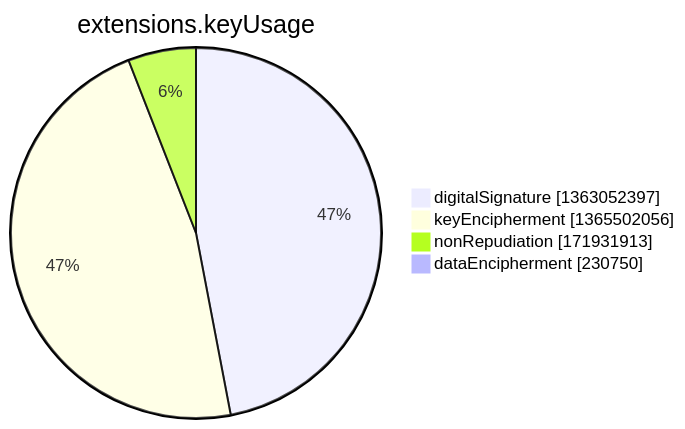
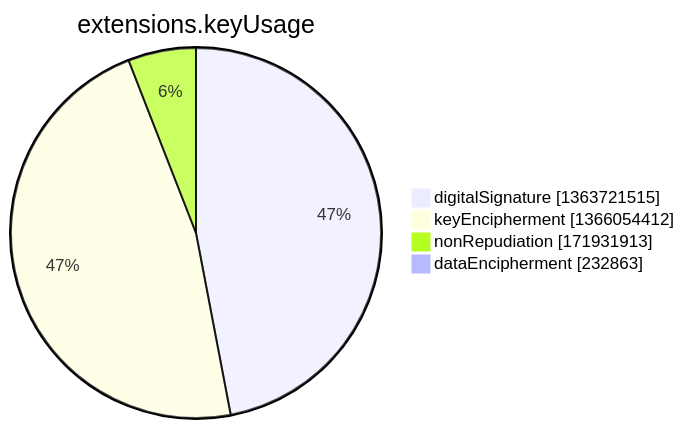
Before and after one commit to christiankrug/ctmonitor_visualization: the seventh of 15 diagrams in argon2022/README.md, drawn with Mermaid. The commit also changed other lines of this file, not shown here.

````diff
--- a/argon2022/README.md
+++ b/argon2022/README.md
@@ -2750,8 +2751,8 @@
 ```mermaid
 pie showData
 title extensions.keyUsage
-"digitalSignature" :1363052397
-"keyEncipherment" :1365502056
+"digitalSignature" :1363721515
+"keyEncipherment" :1366054412
 "nonRepudiation" :171931913
-"dataEncipherment" :230750
+"dataEncipherment" :232863
 ```
````
